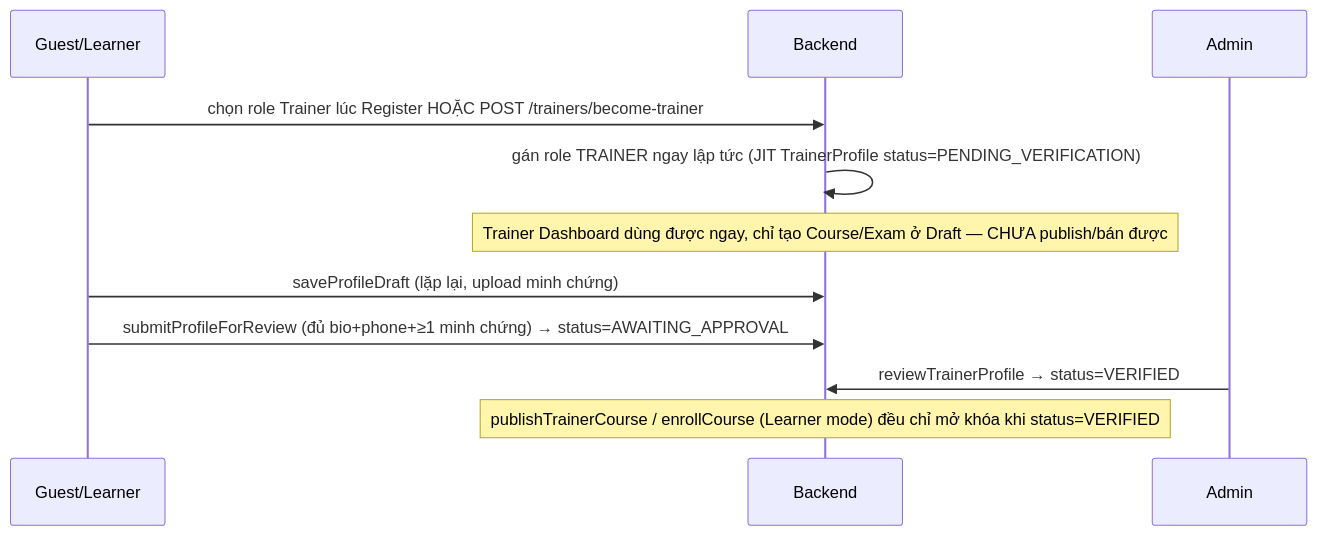
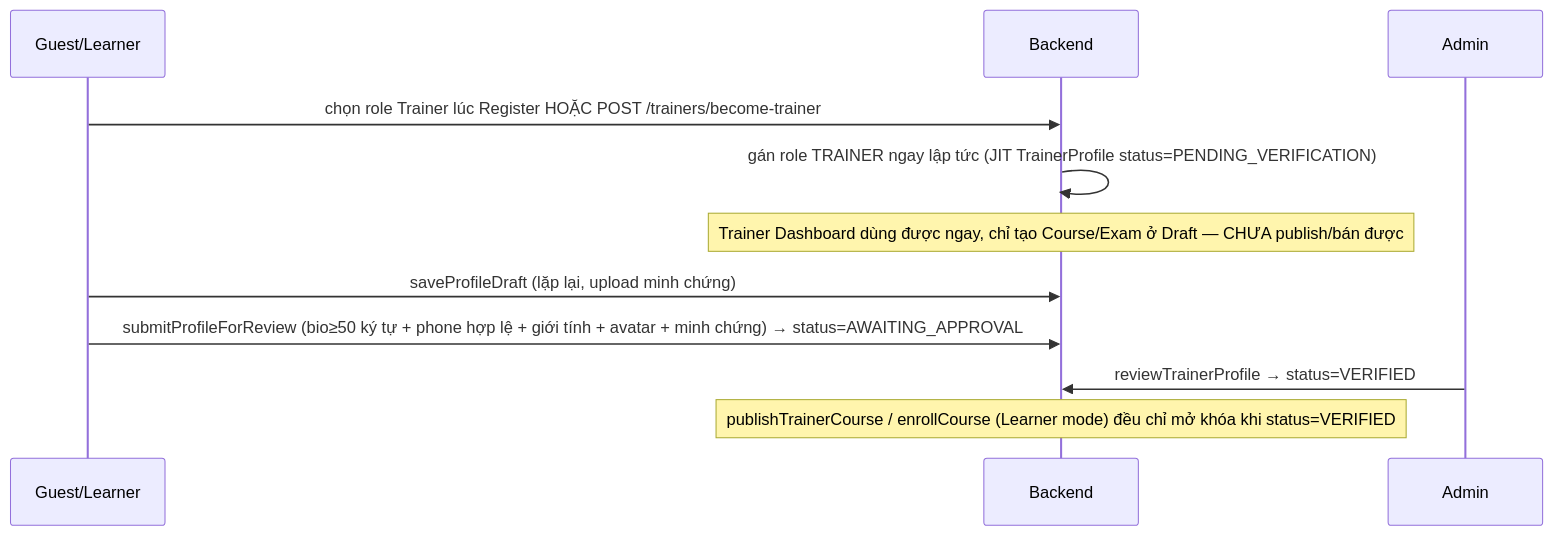
One commit to thanhthaoqn/HanGo changed the fourth of 5 diagrams in doc/HanGo_Documentation.md. Above: the diagram before and after it, drawn with Mermaid. The commit also changed other lines of this file and 124 other files, not shown here.

````diff
--- a/doc/HanGo_Documentation.md
+++ b/doc/HanGo_Documentation.md
@@ -937,14 +1171,14 @@
 ```mermaid
 sequenceDiagram
     participant G as Guest/Learner
     participant BE as Backend
     participant A as Admin
 
     G->>BE: chọn role Trainer lúc Register HOẶC POST /trainers/become-trainer
     BE->>BE: gán role TRAINER ngay lập tức (JIT TrainerProfile status=PENDING_VERIFICATION)
     Note over BE: Trainer Dashboard dùng được ngay, chỉ tạo Course/Exam ở Draft — CHƯA publish/bán được
     G->>BE: saveProfileDraft (lặp lại, upload minh chứng)
-    G->>BE: submitProfileForReview (đủ bio+phone+≥1 minh chứng) → status=AWAITING_APPROVAL
+    G->>BE: submitProfileForReview (bio≥50 ký tự + phone hợp lệ + giới tính + avatar + minh chứng) → status=AWAITING_APPROVAL
     A->>BE: reviewTrainerProfile → status=VERIFIED
     Note over BE: publishTrainerCourse / enrollCourse (Learner mode) đều chỉ mở khóa khi status=VERIFIED
 ```
````
